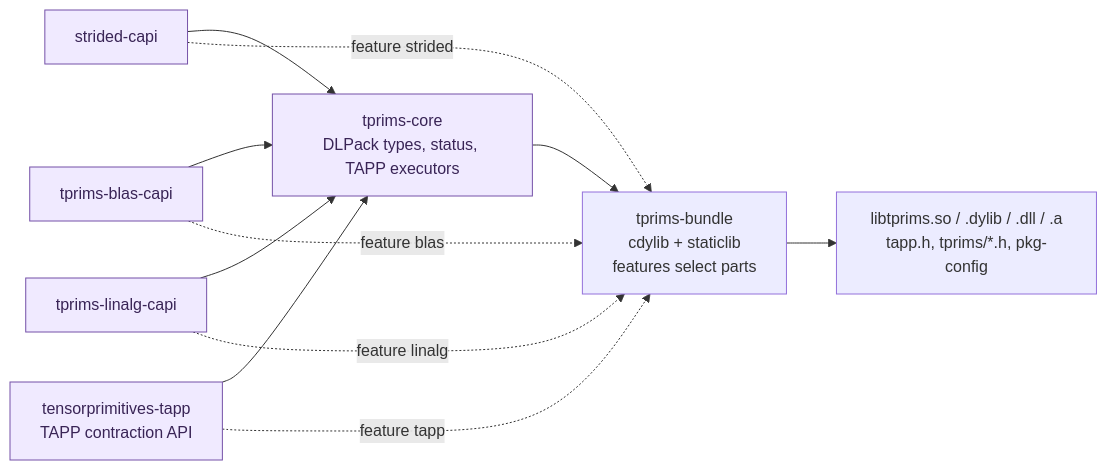
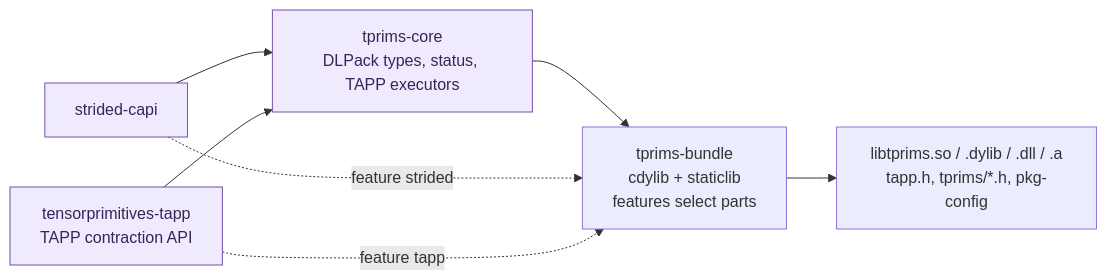
The second of 2 diagrams in README.md (shinaoka/tensoralgebra-rs), drawn with Mermaid before and after one commit. The commit also changed other lines of this file and 14 other files, not shown here.

````diff
--- a/README.md
+++ b/README.md
@@ -109,19 +99,15 @@
 ```mermaid
 flowchart LR
     CO["tprims-core<br/>DLPack types, status, TAPP executors"]
     S["strided-capi"]
-    B["tprims-blas-capi"]
-    L["tprims-linalg-capi"]
     C["tensorprimitives-tapp<br/>TAPP contraction API"]
     BU["tprims-bundle<br/>cdylib + staticlib<br/>features select parts"]
     O["libtprims.so / .dylib / .dll / .a<br/>tapp.h, tprims/*.h, pkg-config"]
-    S & B & L & C --> CO
+    S & C --> CO
     CO --> BU
     S -.->|"feature strided"| BU
-    B -.->|"feature blas"| BU
-    L -.->|"feature linalg"| BU
     C -.->|"feature tapp"| BU
     BU --> O
     classDef abi fill:#f0eaff,stroke:#7551a8,color:#392456
-    class CO,S,B,L,C abi
+    class CO,S,C abi
 ```
````
